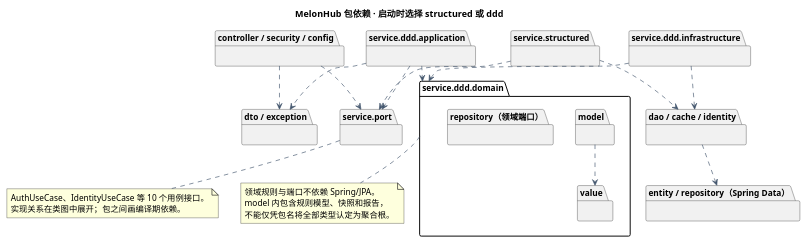
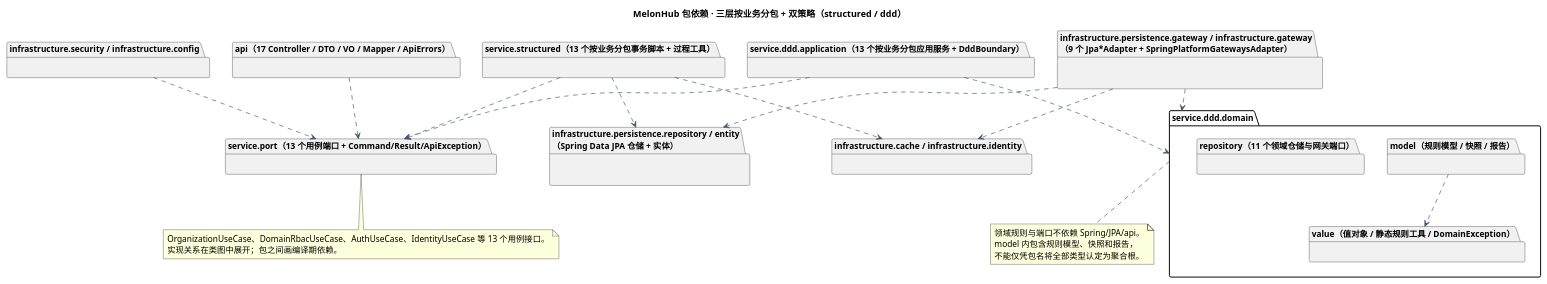
The diagram in doc/uml/packages.puml (JiuQi79-BOT/MelonHub), drawn with PlantUML before and after one commit. The commit also changed 45 other files, not shown here.

First line of the commit message:
docs(architecture): sync docs, requirement matrix, and 13 PlantUML diagrams

```diff
--- a/doc/uml/packages.puml
+++ b/doc/uml/packages.puml
@@ -1,49 +1,49 @@
 @startuml
 skinparam shadowing false
 skinparam defaultFontName Microsoft YaHei
 skinparam defaultFontSize 13
 skinparam classAttributeIconSize 0
 skinparam backgroundColor white
 skinparam ArrowColor #41546B
 skinparam classBackgroundColor #F5F8FC
 skinparam classBorderColor #59708C
 skinparam sequenceParticipantBackgroundColor #EEF3F9
 skinparam sequenceParticipantBorderColor #59708C
 skinparam sequenceGroupBackgroundColor transparent
 skinparam sequenceMessageAlign left
-title MelonHub 包依赖 · 启动时选择 structured 或 ddd
+title MelonHub 包依赖 · 三层按业务分包 + 双策略（structured / ddd）
 top to bottom direction
-package "controller / security / config" as Entry {}
-package "service.port" as Port {}
-package "service.structured" as S {}
-package "service.ddd.application" as A {}
+package "api（17 Controller / DTO / VO / Mapper / ApiErrors）" as Api {}
+package "infrastructure.security / infrastructure.config" as Security {}
+package "service.port（13 个用例端口 + Command/Result/ApiException）" as Port {}
+package "service.structured（13 个按业务分包事务脚本 + 过程工具）" as S {}
+package "service.ddd.application（13 个按业务分包应用服务 + DddBoundary）" as A {}
 package "service.ddd.domain" as D {
- package "model" as Model {}
- package "value" as Value {}
- package "repository（领域端口）" as DomainPort {}
+ package "model（规则模型 / 快照 / 报告）" as Model {}
+ package "value（值对象 / 静态规则工具 / DomainException）" as Value {}
+ package "repository（11 个领域仓储与网关端口）" as DomainPort {}
 }
-package "service.ddd.infrastructure" as I {}
-package "dao / cache / identity" as Shared {}
-package "entity / repository（Spring Data）" as JPA {}
-package "dto / exception" as Boundary {}
-Entry ..> Port
-Entry ..> Boundary
+package "infrastructure.persistence.gateway / infrastructure.gateway\n（9 个 Jpa*Adapter + SpringPlatformGatewaysAdapter）" as Adapter {}
+package "infrastructure.persistence.repository / entity\n（Spring Data JPA 仓储 + 实体）" as Repo {}
+package "infrastructure.cache / infrastructure.identity" as Platform {}
+Api ..> Port
+Security ..> Port
 S ..> Port
 A ..> Port
-S ..> Shared
+S ..> Repo
+S ..> Platform
 A ..> D
-A ..> Boundary
-I ..> D
-I ..> Shared
-Shared ..> JPA
+Adapter ..> D
+Adapter ..> Repo
+Adapter ..> Platform
 Model ..> Value
 note bottom of Port
-AuthUseCase、IdentityUseCase 等 10 个用例接口。
+OrganizationUseCase、DomainRbacUseCase、AuthUseCase、IdentityUseCase 等 13 个用例接口。
 实现关系在类图中展开；包之间画编译期依赖。
 end note
 note bottom of D
-领域规则与端口不依赖 Spring/JPA。
+领域规则与端口不依赖 Spring/JPA/api。
 model 内包含规则模型、快照和报告，
 不能仅凭包名将全部类型认定为聚合根。
 end note
 @enduml
```
